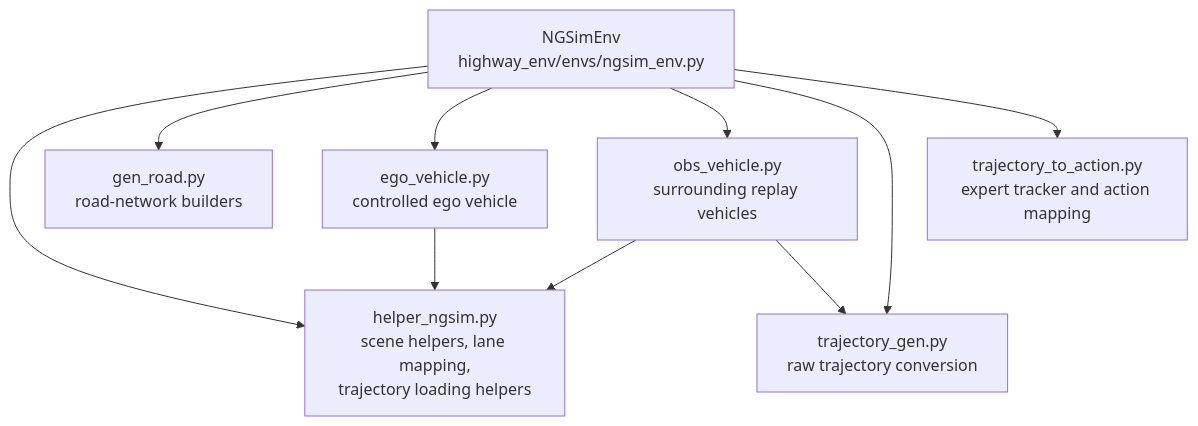
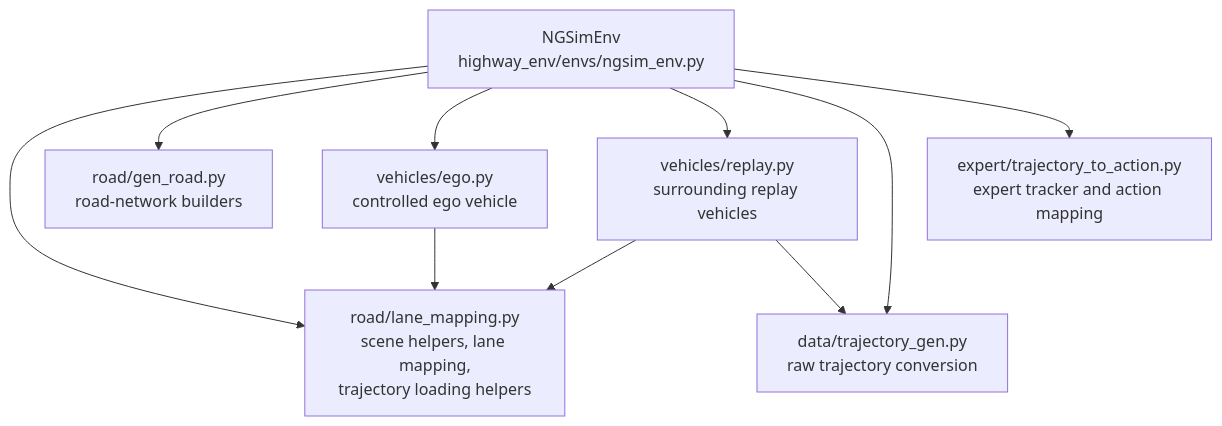
One commit to treeizard/HighwayEnv-NGSIM changed the first of 7 diagrams in highway_env/ngsim_utils/NGSIM_ENV_STRUCTURE.md. Above: the diagram before and after it, drawn with Mermaid. The commit also changed other lines of this file and 43 other files, not shown here.

````diff
--- a/highway_env/ngsim_utils/NGSIM_ENV_STRUCTURE.md
+++ b/highway_env/ngsim_utils/NGSIM_ENV_STRUCTURE.md
@@ -18,20 +18,20 @@
 ```mermaid
 flowchart TD
     A[NGSimEnv\nhighway_env/envs/ngsim_env.py]
-    B[helper_ngsim.py\nscene helpers, lane mapping,\ntrajectory loading helpers]
-    C[gen_road.py\nroad-network builders]
-    D[ego_vehicle.py\ncontrolled ego vehicle]
-    E[obs_vehicle.py\nsurrounding replay vehicles]
-    F[trajectory_gen.py\nraw trajectory conversion]
-    G[trajectory_to_action.py\nexpert tracker and action mapping]
+    B[road/lane_mapping.py\nscene helpers, lane mapping,\ntrajectory loading helpers]
+    C[road/gen_road.py\nroad-network builders]
+    D[vehicles/ego.py\ncontrolled ego vehicle]
+    E[vehicles/replay.py\nsurrounding replay vehicles]
+    F[data/trajectory_gen.py\nraw trajectory conversion]
+    G[expert/trajectory_to_action.py\nexpert tracker and action mapping]
 
     A --> B
     A --> C
     A --> D
     A --> E
     A --> F
     A --> G
     E --> B
     E --> F
     D --> B
 ```
````
